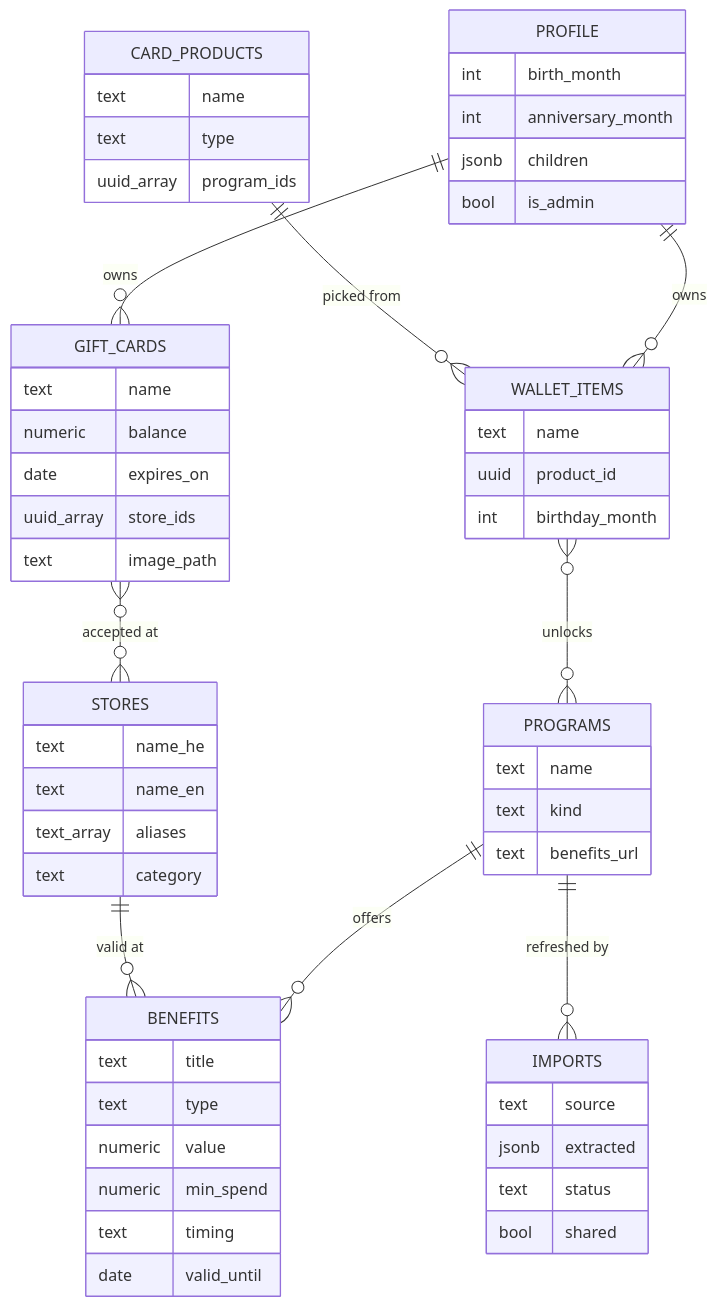
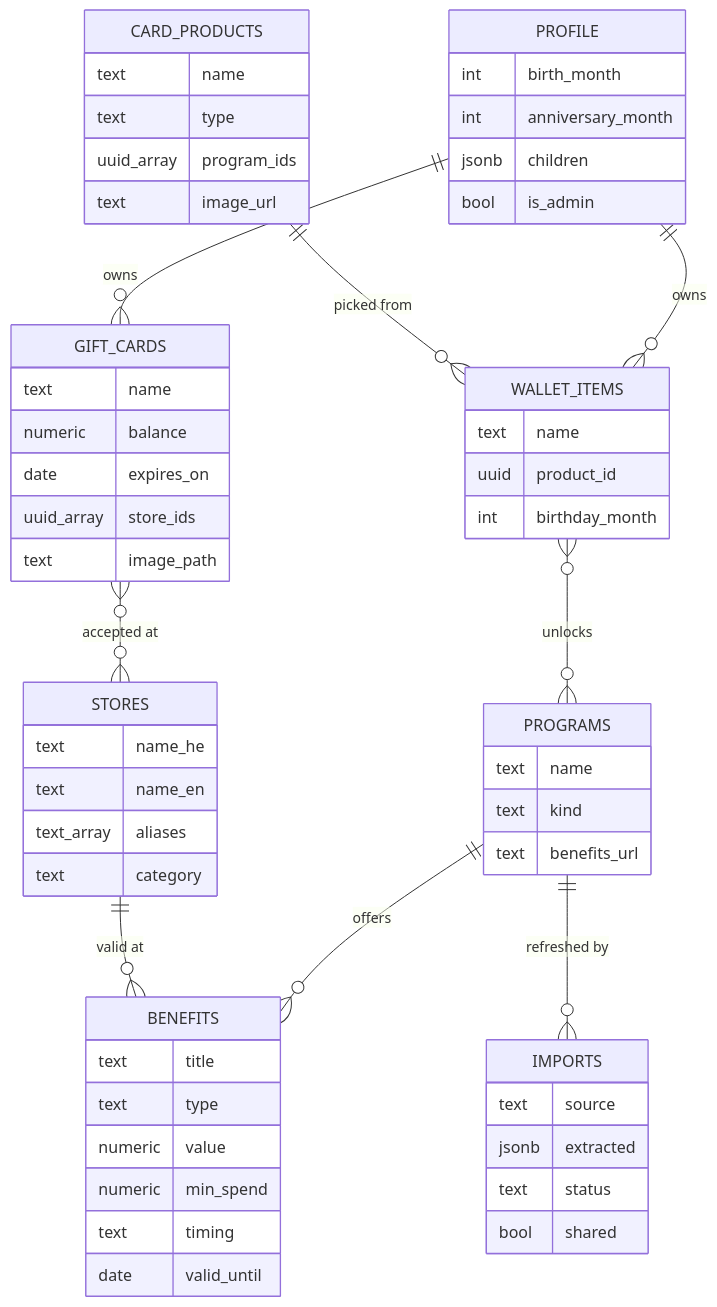
One commit to Gabrielab5/benefits-finder changed the third of 3 diagrams in README.md. Above: the diagram before and after it, drawn with Mermaid. The commit also changed other lines of this file and 9 other files, not shown here.

````diff
--- a/README.md
+++ b/README.md
@@ -212,60 +212,61 @@
 ```mermaid
 erDiagram
     PROFILE ||--o{ WALLET_ITEMS : owns
     CARD_PRODUCTS ||--o{ WALLET_ITEMS : "picked from"
     WALLET_ITEMS }o--o{ PROGRAMS : unlocks
     PROGRAMS ||--o{ BENEFITS : offers
     STORES ||--o{ BENEFITS : "valid at"
     PROGRAMS ||--o{ IMPORTS : "refreshed by"
     PROFILE ||--o{ GIFT_CARDS : owns
     GIFT_CARDS }o--o{ STORES : "accepted at"
 
     PROFILE {
         int birth_month
         int anniversary_month
         jsonb children
         bool is_admin
     }
     CARD_PRODUCTS {
         text name
         text type
         uuid_array program_ids
+        text image_url
     }
     WALLET_ITEMS {
         text name
         uuid product_id
         int birthday_month
     }
     PROGRAMS {
         text name
         text kind
         text benefits_url
     }
     STORES {
         text name_he
         text name_en
         text_array aliases
         text category
     }
     BENEFITS {
         text title
         text type
         numeric value
         numeric min_spend
         text timing
         date valid_until
     }
     GIFT_CARDS {
         text name
         numeric balance
         date expires_on
         uuid_array store_ids
         text image_path
     }
     IMPORTS {
         text source
         jsonb extracted
         text status
         bool shared
     }
 ```
````
